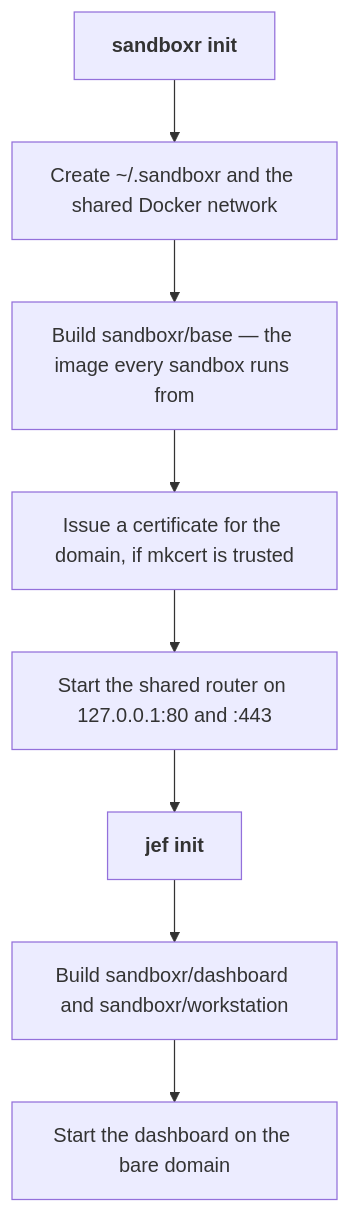
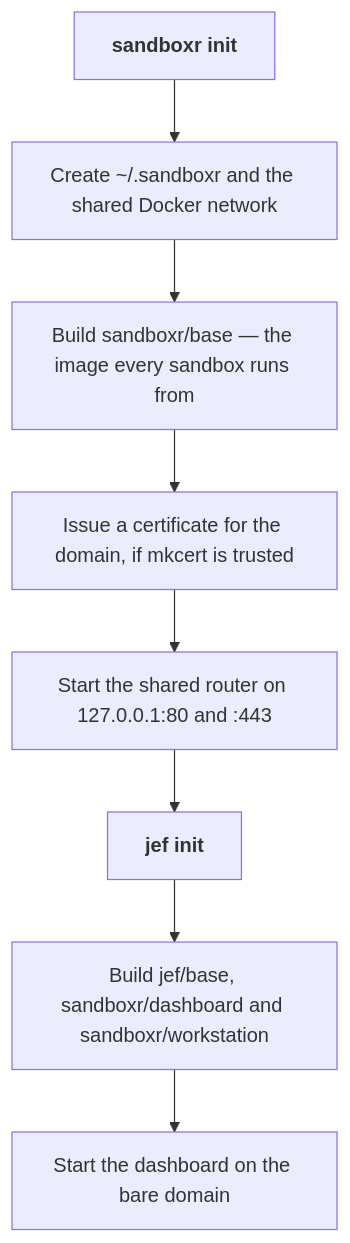
Before and after one commit to mattmoran56/sandboxer-core: the diagram in docs/getting-started/install.md, drawn with Mermaid. The commit also changed other lines of this file and 3 other files, not shown here.

````diff
--- a/docs/getting-started/install.md
+++ b/docs/getting-started/install.md
@@ -89,12 +89,12 @@
 ```mermaid
 flowchart TB
   a["<b>sandboxr init</b>"]
   b["Create ~/.sandboxr and the shared Docker network"]
   c["Build sandboxr/base — the image every sandbox runs from"]
   e["Issue a certificate for the domain, if mkcert is trusted"]
   f["Start the shared router on 127.0.0.1:80 and :443"]
   a --> b --> c --> e --> f
   f --> g["<b>jef init</b>"]
-  g --> h["Build sandboxr/dashboard and sandboxr/workstation"]
+  g --> h["Build jef/base, sandboxr/dashboard and sandboxr/workstation"]
   h --> i["Start the dashboard on the bare domain"]
 ```
````
